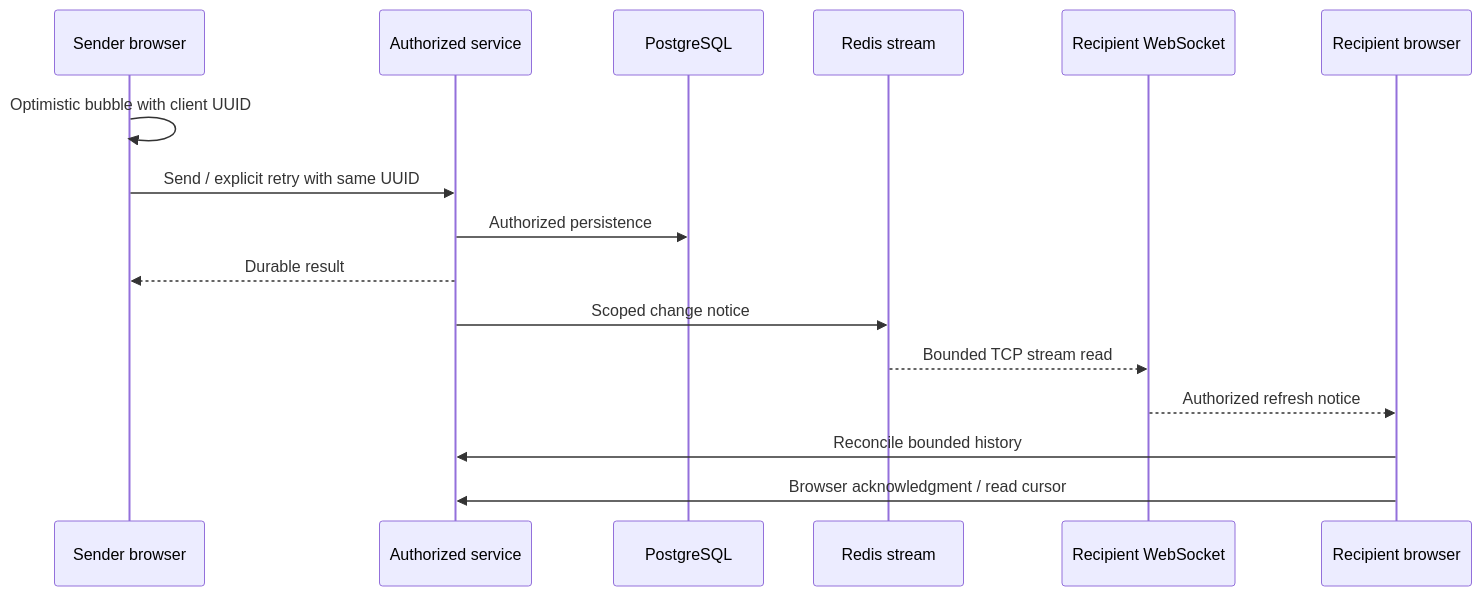
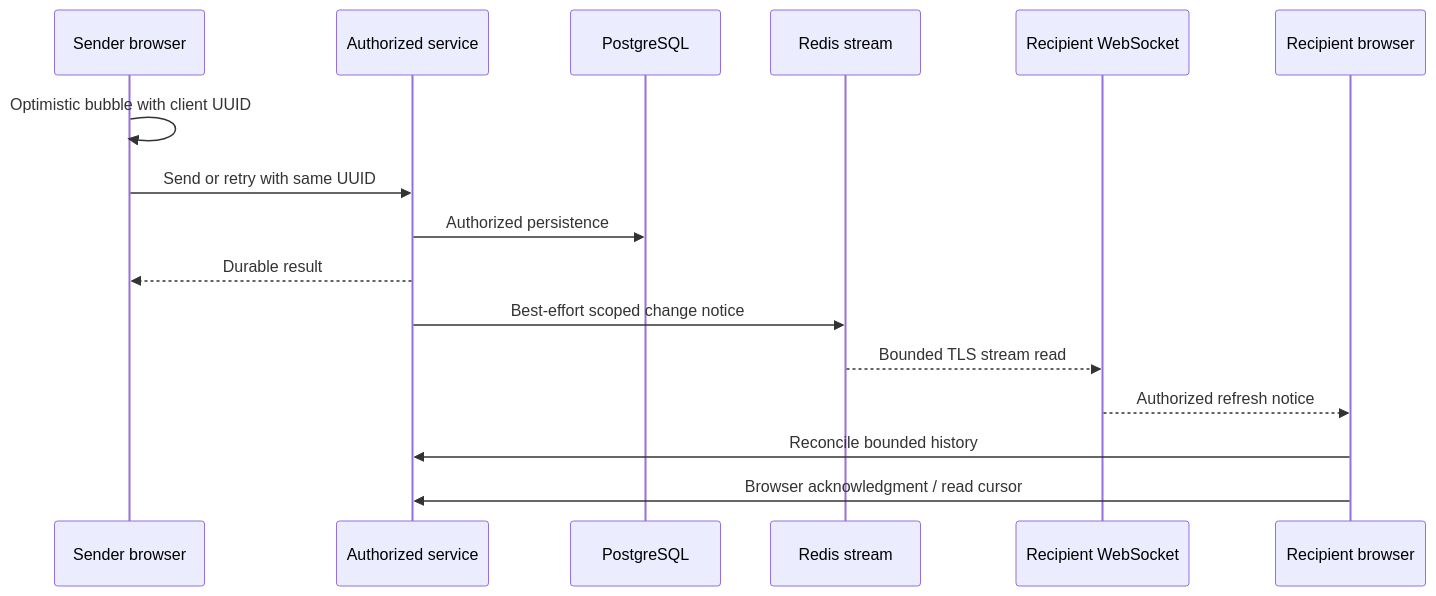
The second of 2 diagrams in docs/architecture/overview.md (hicham-4r/ims-network), drawn with Mermaid before and after one commit. The commit also changed other lines of this file and 14 other files, not shown here.

````diff
--- a/docs/architecture/overview.md
+++ b/docs/architecture/overview.md
@@ -27,18 +33,18 @@
 ```mermaid
 sequenceDiagram
   participant A as Sender browser
   participant S as Authorized service
   participant D as PostgreSQL
   participant R as Redis stream
   participant W as Recipient WebSocket
   participant B as Recipient browser
   A->>A: Optimistic bubble with client UUID
-  A->>S: Send / explicit retry with same UUID
+  A->>S: Send or retry with same UUID
   S->>D: Authorized persistence
   S-->>A: Durable result
-  S->>R: Scoped change notice
-  R-->>W: Bounded TCP stream read
+  S->>R: Best-effort scoped change notice
+  R-->>W: Bounded TLS stream read
   W-->>B: Authorized refresh notice
   B->>S: Reconcile bounded history
   B->>S: Browser acknowledgment / read cursor
 ```
````
